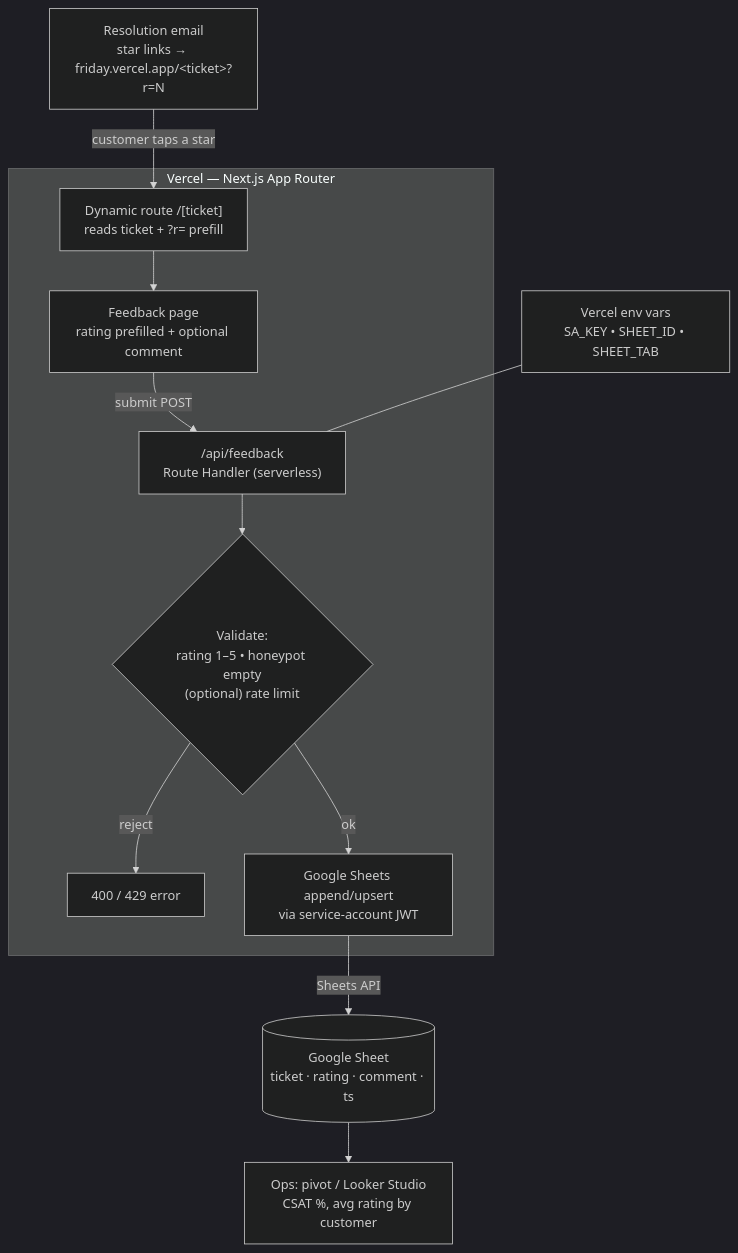
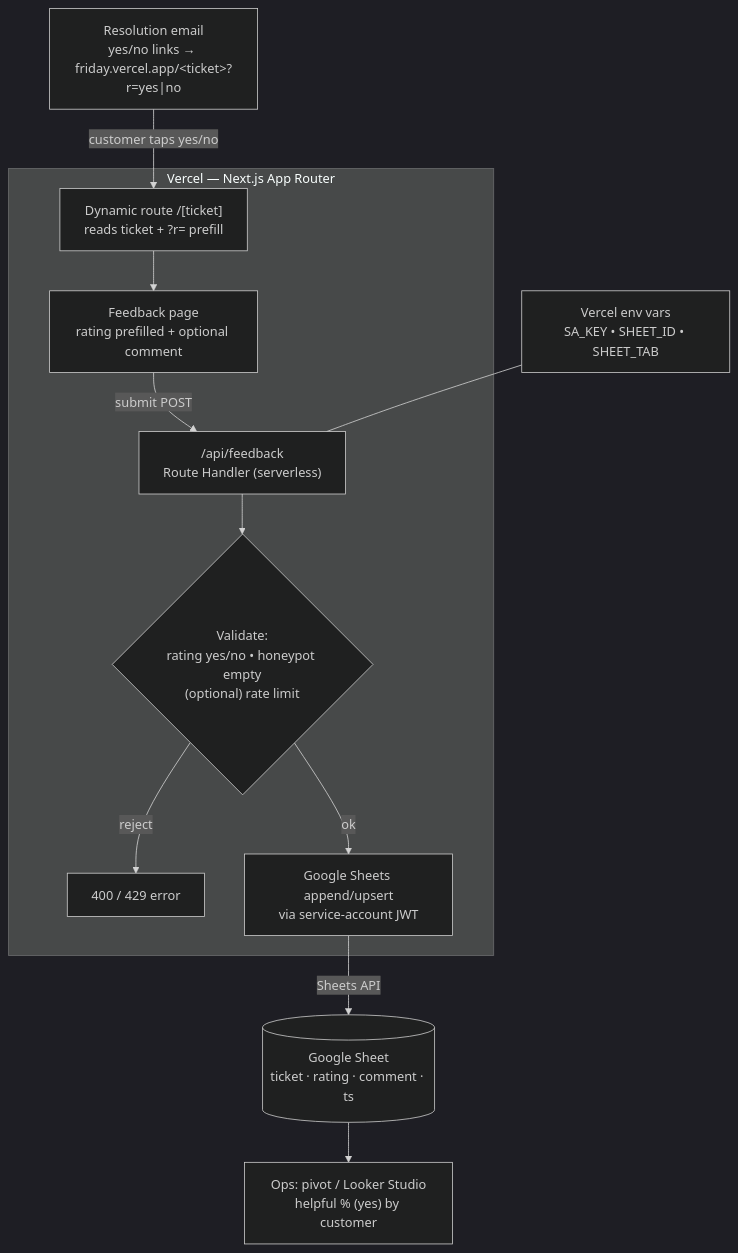
The diagram in docs/sdd/friday_feedback_hld.md (shipsy/friday-feedback), drawn with Mermaid (dark theme) before and after one commit. The commit also changed other lines of this file and 6 other files, not shown here.

First line of the commit message:
Switch rating from 1–5 stars to yes/no

````diff
--- a/docs/sdd/friday_feedback_hld.md
+++ b/docs/sdd/friday_feedback_hld.md
@@ -34,15 +34,15 @@
 ```mermaid
 flowchart TD
-    A["Resolution email<br/>star links → friday.vercel.app/&lt;ticket&gt;?r=N"] -->|customer taps a star| B
+    A["Resolution email<br/>yes/no links → friday.vercel.app/&lt;ticket&gt;?r=yes|no"] -->|customer taps yes/no| B
     subgraph VERCEL["Vercel — Next.js App Router"]
         B["Dynamic route /[ticket]<br/>reads ticket + ?r= prefill"]
         B --> D["Feedback page<br/>rating prefilled + optional comment"]
         D -->|submit POST| F["/api/feedback<br/>Route Handler (serverless)"]
-        F --> G{"Validate:<br/>rating 1–5 • honeypot empty<br/>(optional) rate limit"}
+        F --> G{"Validate:<br/>rating yes/no • honeypot empty<br/>(optional) rate limit"}
         G -->|reject| E["400 / 429 error"]
         G -->|ok| H["Google Sheets append/upsert<br/>via service-account JWT"]
     end
     H -->|Sheets API| S[("Google Sheet<br/>ticket · rating · comment · ts")]
-    S --> R["Ops: pivot / Looker Studio<br/>CSAT %, avg rating by customer"]
+    S --> R["Ops: pivot / Looker Studio<br/>helpful % (yes) by customer"]
     ENV["Vercel env vars<br/>SA_KEY • SHEET_ID • SHEET_TAB"] --- F
 ```
````
